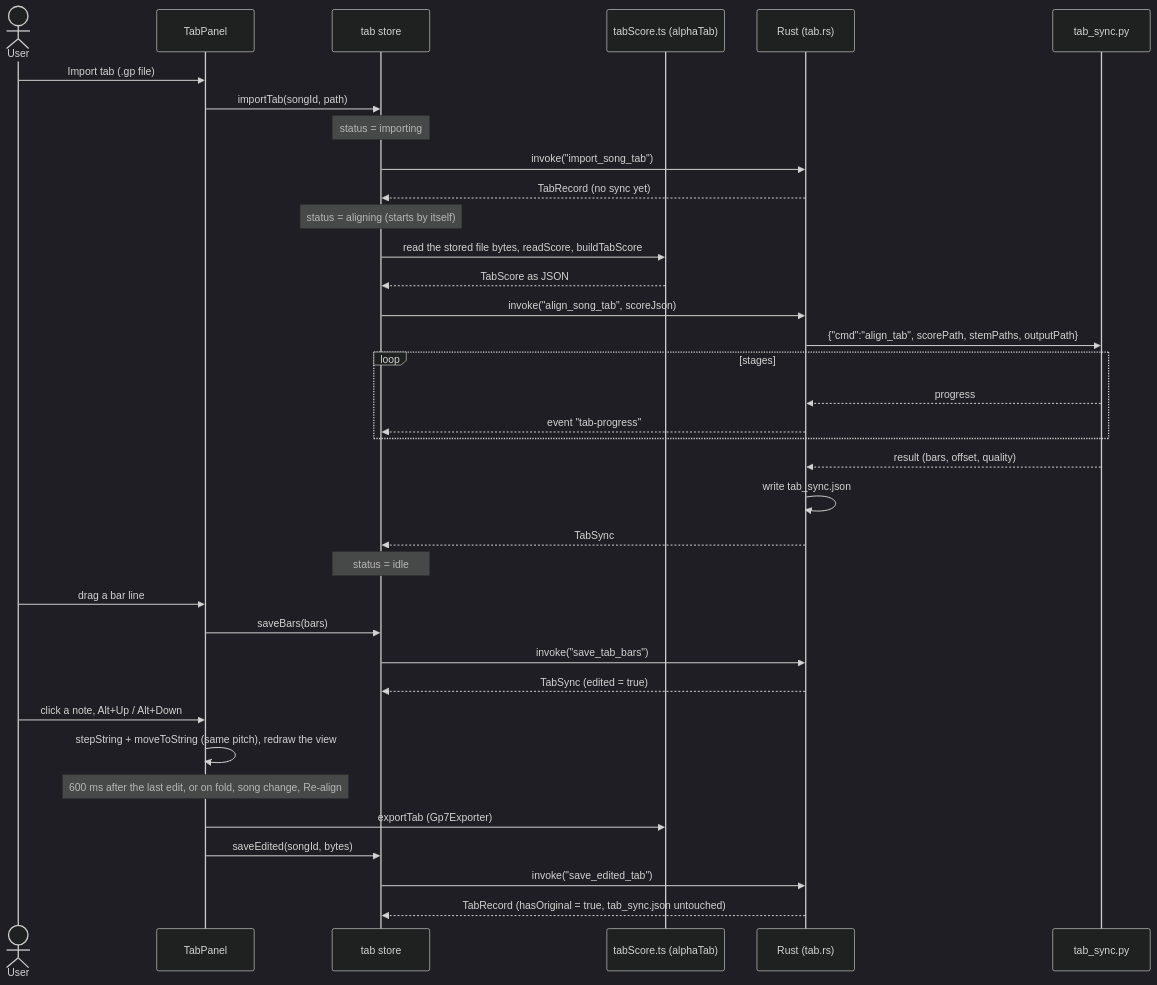
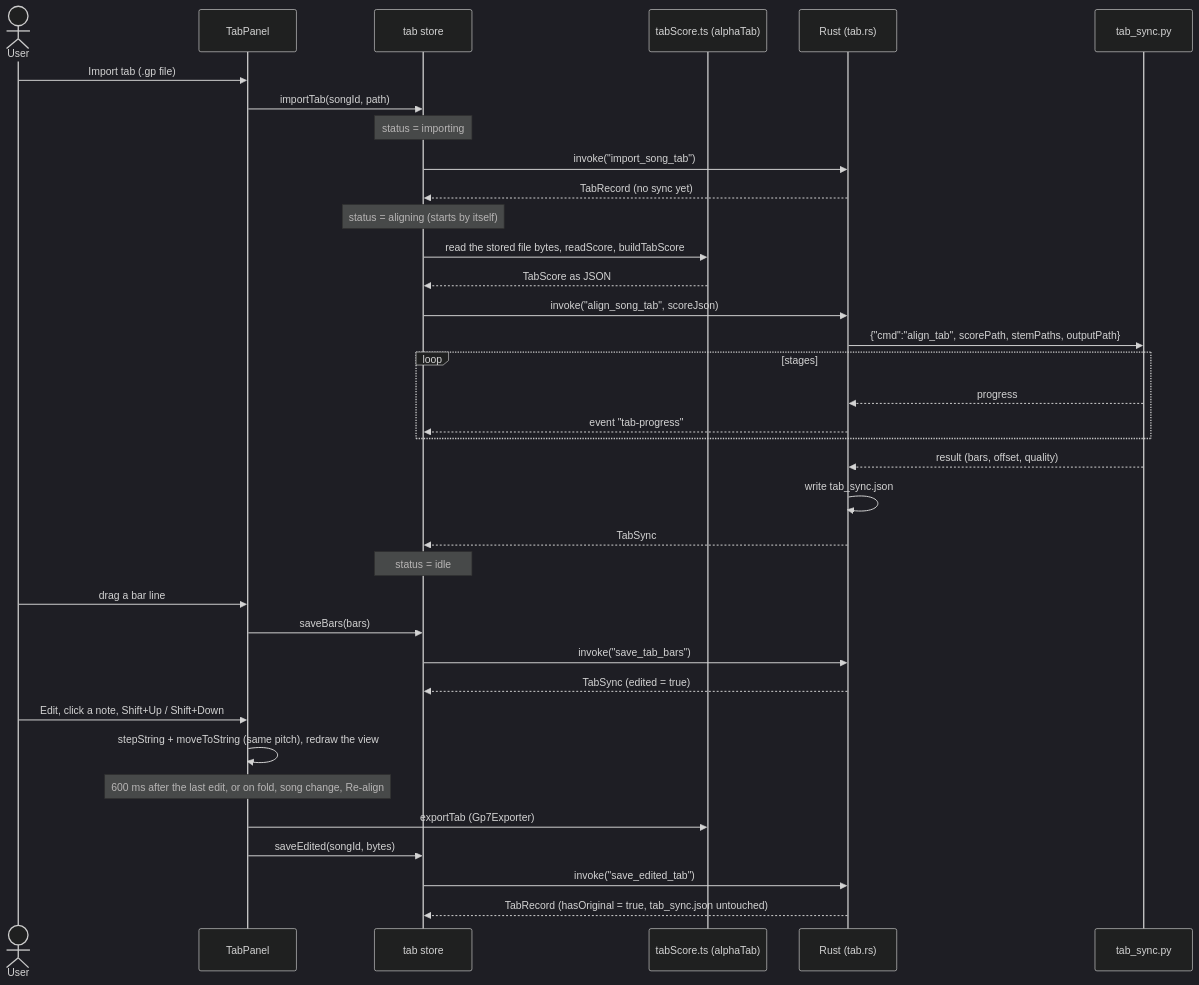
One commit to giamat90/SongPracticeStudio changed diagram 12 of 16 in wiki/uml.md. Above: the diagram before and after it, drawn with Mermaid (dark theme). The commit also changed other lines of this file and 9 other files, not shown here.

````diff
--- a/wiki/uml.md
+++ b/wiki/uml.md
@@ -509,39 +509,39 @@
 ```mermaid
 sequenceDiagram
     actor U as User
     participant TP as TabPanel
     participant TS as tab store
     participant AT as tabScore.ts (alphaTab)
     participant R as Rust (tab.rs)
     participant P as tab_sync.py
 
     U->>TP: Import tab (.gp file)
     TP->>TS: importTab(songId, path)
     Note over TS: status = importing
     TS->>R: invoke("import_song_tab")
     R-->>TS: TabRecord (no sync yet)
     Note over TS: status = aligning (starts by itself)
     TS->>AT: read the stored file bytes, readScore, buildTabScore
     AT-->>TS: TabScore as JSON
     TS->>R: invoke("align_song_tab", scoreJson)
     R->>P: {"cmd":"align_tab", scorePath, stemPaths, outputPath}
     loop stages
         P-->>R: progress
         R-->>TS: event "tab-progress"
     end
     P-->>R: result (bars, offset, quality)
     R->>R: write tab_sync.json
     R-->>TS: TabSync
     Note over TS: status = idle
     U->>TP: drag a bar line
     TP->>TS: saveBars(bars)
     TS->>R: invoke("save_tab_bars")
     R-->>TS: TabSync (edited = true)
-    U->>TP: click a note, Alt+Up / Alt+Down
+    U->>TP: Edit, click a note, Shift+Up / Shift+Down
     TP->>TP: stepString + moveToString (same pitch), redraw the view
     Note over TP: 600 ms after the last edit, or on fold, song change, Re-align
     TP->>AT: exportTab (Gp7Exporter)
     TP->>TS: saveEdited(songId, bytes)
     TS->>R: invoke("save_edited_tab")
     R-->>TS: TabRecord (hasOriginal = true, tab_sync.json untouched)
 ```
````
